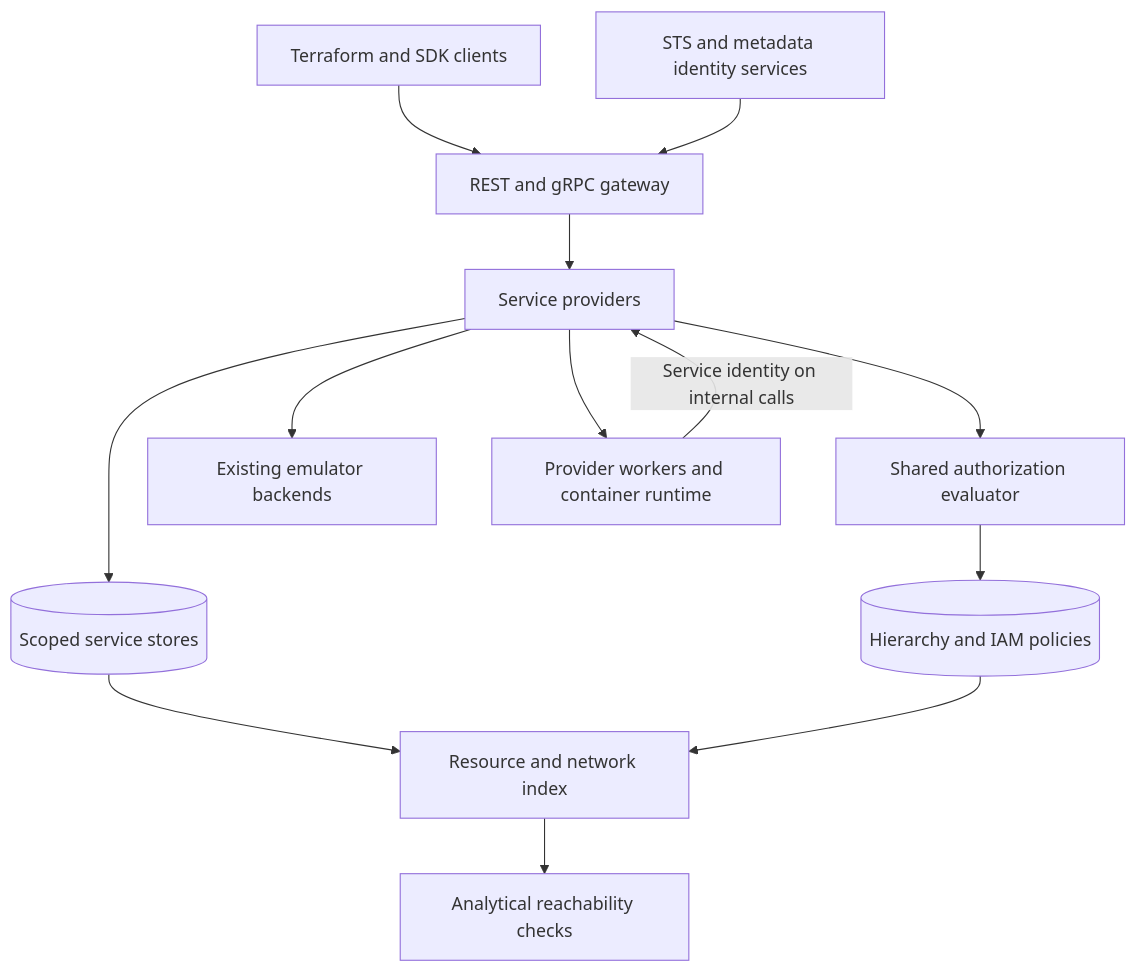
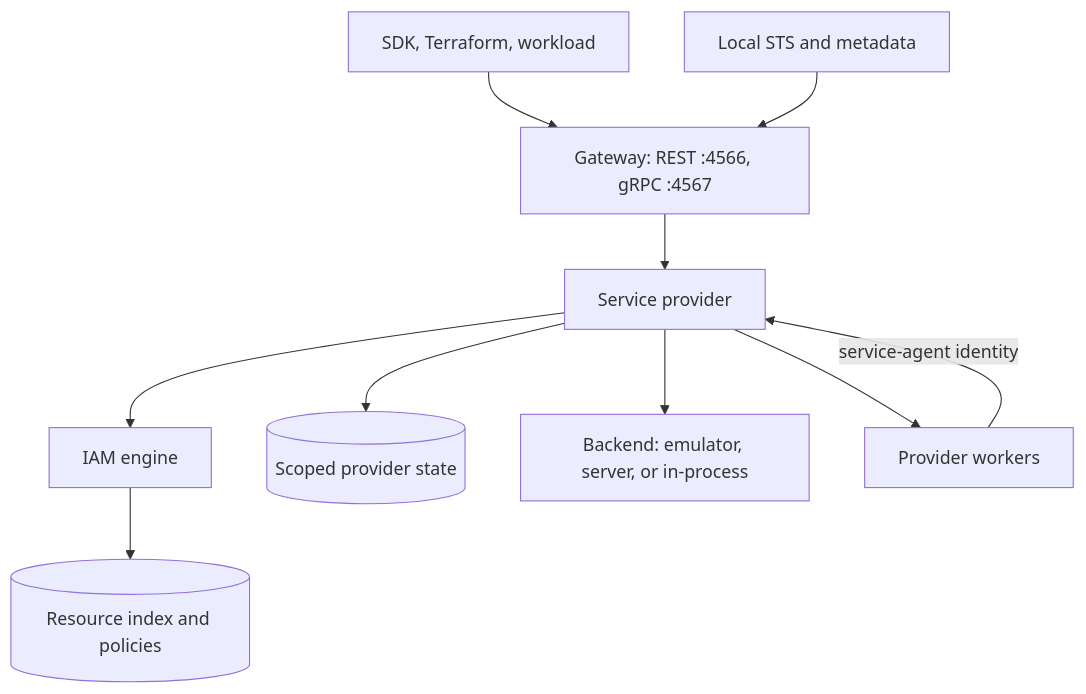
Before and after one commit to evanmarshall/gcp-local: the diagram in docs/design.md, drawn with Mermaid. The commit also changed other lines of this file and 22 other files, not shown here.

````diff
--- a/docs/design.md
+++ b/docs/design.md
@@ -27,15 +5,12 @@
 ```mermaid
 flowchart TD
-    C[Terraform and SDK clients] --> G[REST and gRPC gateway]
-    I[STS and metadata identity services] --> G
-    G --> P[Service providers]
-    P --> A[Shared authorization evaluator]
-    A --> H[(Hierarchy and IAM policies)]
-    P --> S[(Scoped service stores)]
-    P --> B[Existing emulator backends]
-    P --> W[Provider workers and container runtime]
-    W -->|Service identity on internal calls| P
-    S --> R[Resource and network index]
-    H --> R
-    R --> N[Analytical reachability checks]
+    C[SDK, Terraform, workload] --> G[Gateway: REST :4566, gRPC :4567]
+    I[Local STS and metadata] --> G
+    G --> P[Service provider]
+    P --> A[IAM engine]
+    A --> X[(Resource index and policies)]
+    P --> S[(Scoped provider state)]
+    P --> B[Backend: emulator, server, or in-process]
+    P --> W[Provider workers]
+    W -->|service-agent identity| P
 ```
````
